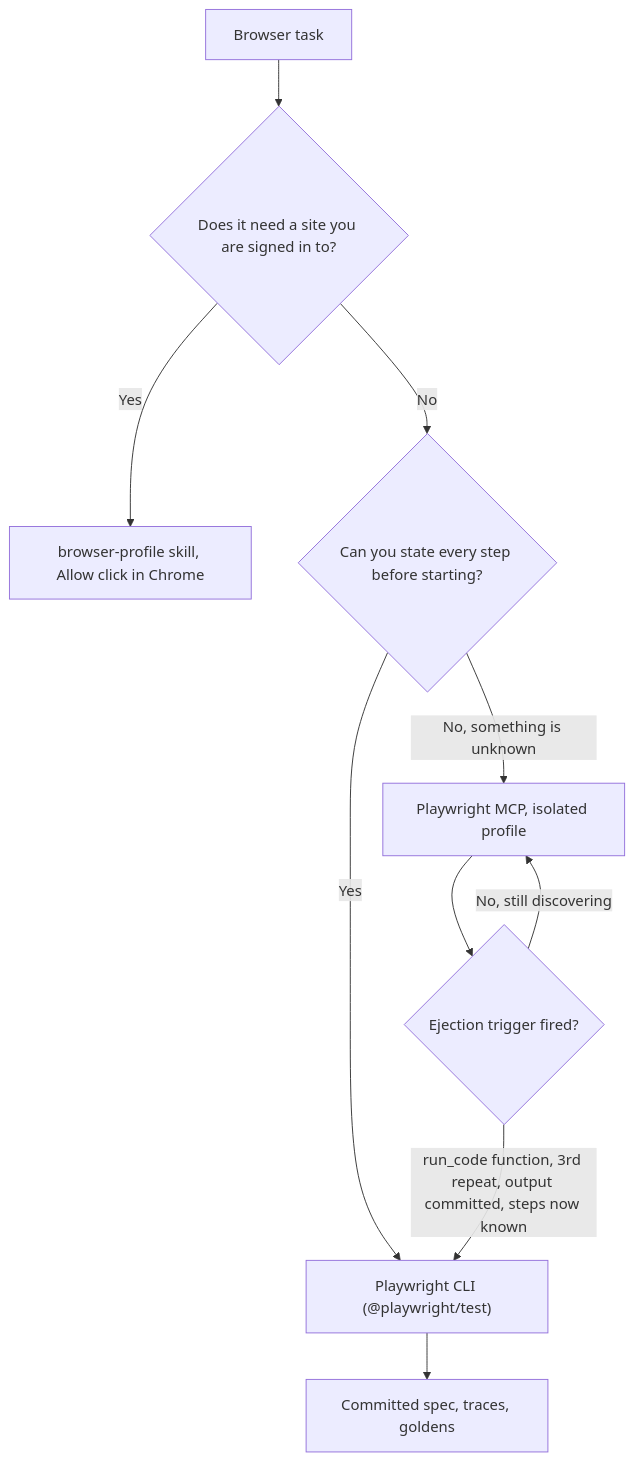
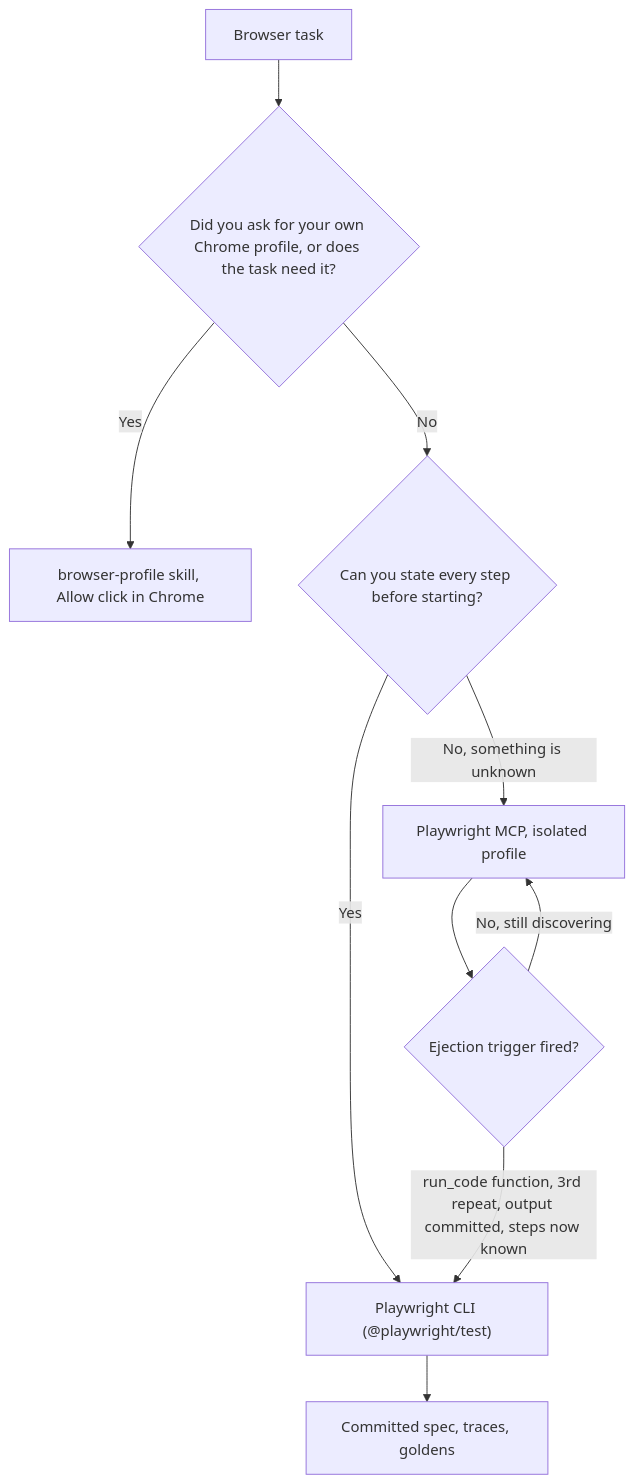
One commit to carlosboeing/agentic-toolkit changed the diagram in guides/guide-browser-automation-mcp-vs-cli.md. Above: the diagram before and after it, drawn with Mermaid. The commit also changed other lines of this file and 9 other files, not shown here.

First line of the commit message:
fix(browser-profile): cover any page in the user's own profile

````diff
--- a/guides/guide-browser-automation-mcp-vs-cli.md
+++ b/guides/guide-browser-automation-mcp-vs-cli.md
@@ -262,12 +262,12 @@
 ```mermaid
 flowchart TD
-    A["Browser task"] --> S{"Does it need a site you are signed in to?"}
+    A["Browser task"] --> S{"Did you ask for your own Chrome profile, or does the task need it?"}
     S -->|"Yes"| P["browser-profile skill, Allow click in Chrome"]
     S -->|"No"| B{"Can you state every step before starting?"}
     B -->|"Yes"| D["Playwright CLI (@playwright/test)"]
     B -->|"No, something is unknown"| E["Playwright MCP, isolated profile"]
     E --> G{"Ejection trigger fired?"}
     G -->|"run_code function, 3rd repeat, output committed, steps now known"| D
     G -->|"No, still discovering"| E
     D --> H["Committed spec, traces, goldens"]
 ```
````
